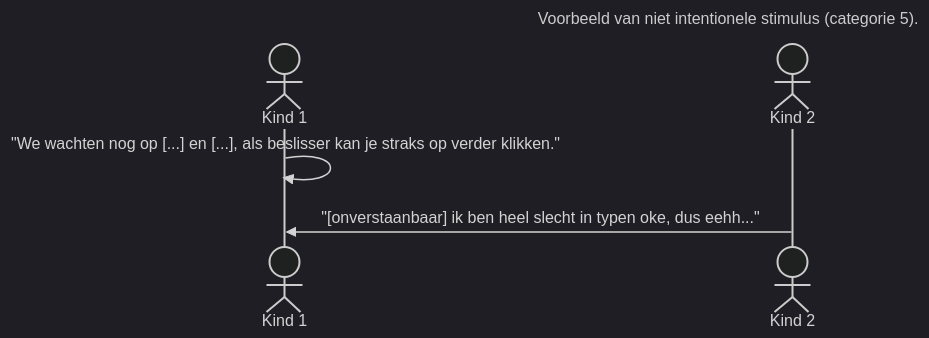
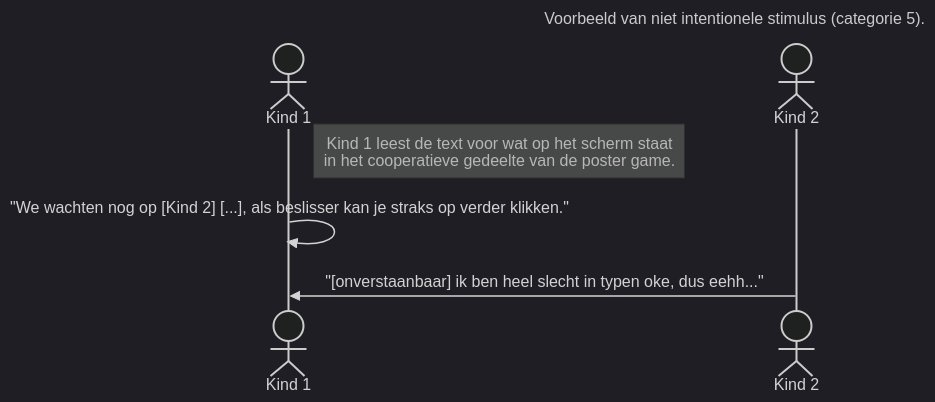
One commit to Dionysi/AnnotationTool-Release changed the seventh of 14 diagrams in Annotation-rules-refactor.md. Above: the diagram before and after it, drawn with Mermaid (dark theme).

````diff
--- a/Annotation-rules-refactor.md
+++ b/Annotation-rules-refactor.md
@@ -113,8 +113,9 @@
     ```mermaid
     sequenceDiagram
         title Voorbeeld van niet intentionele stimulus (categorie 5).
         actor Kind 1
         actor Kind 2
-        Kind 1->>Kind 1: "We wachten nog op [...] en [...], als beslisser kan je straks op verder klikken."
+        Note right of Kind 1: Kind 1 leest de text voor wat op het scherm staat<br/>in het cooperatieve gedeelte van de poster game.
+        Kind 1->>Kind 1: "We wachten nog op [Kind 2] [...], als beslisser kan je straks op verder klikken."
         Kind 2->>Kind 1: "[onverstaanbaar] ik ben heel slecht in typen oke, dus eehh..."
     ```
````
